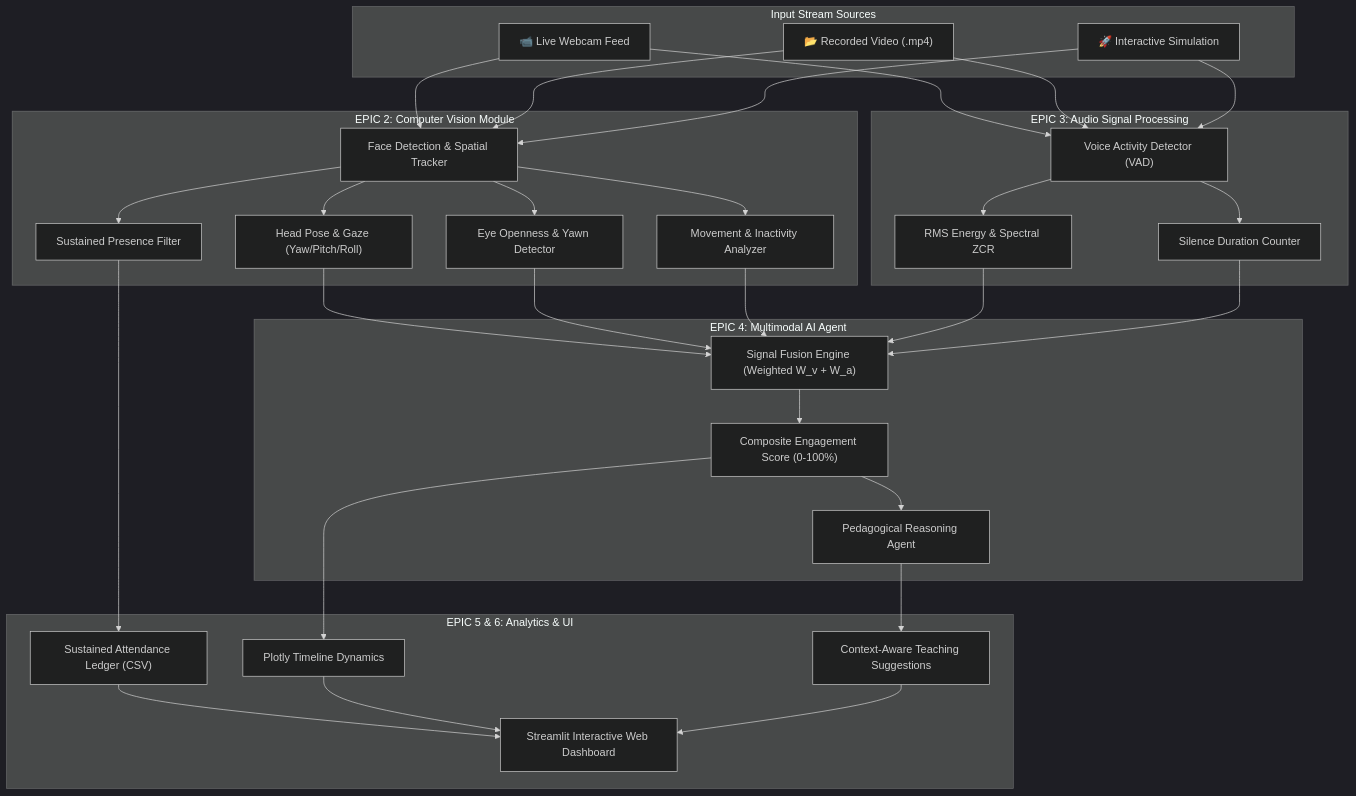
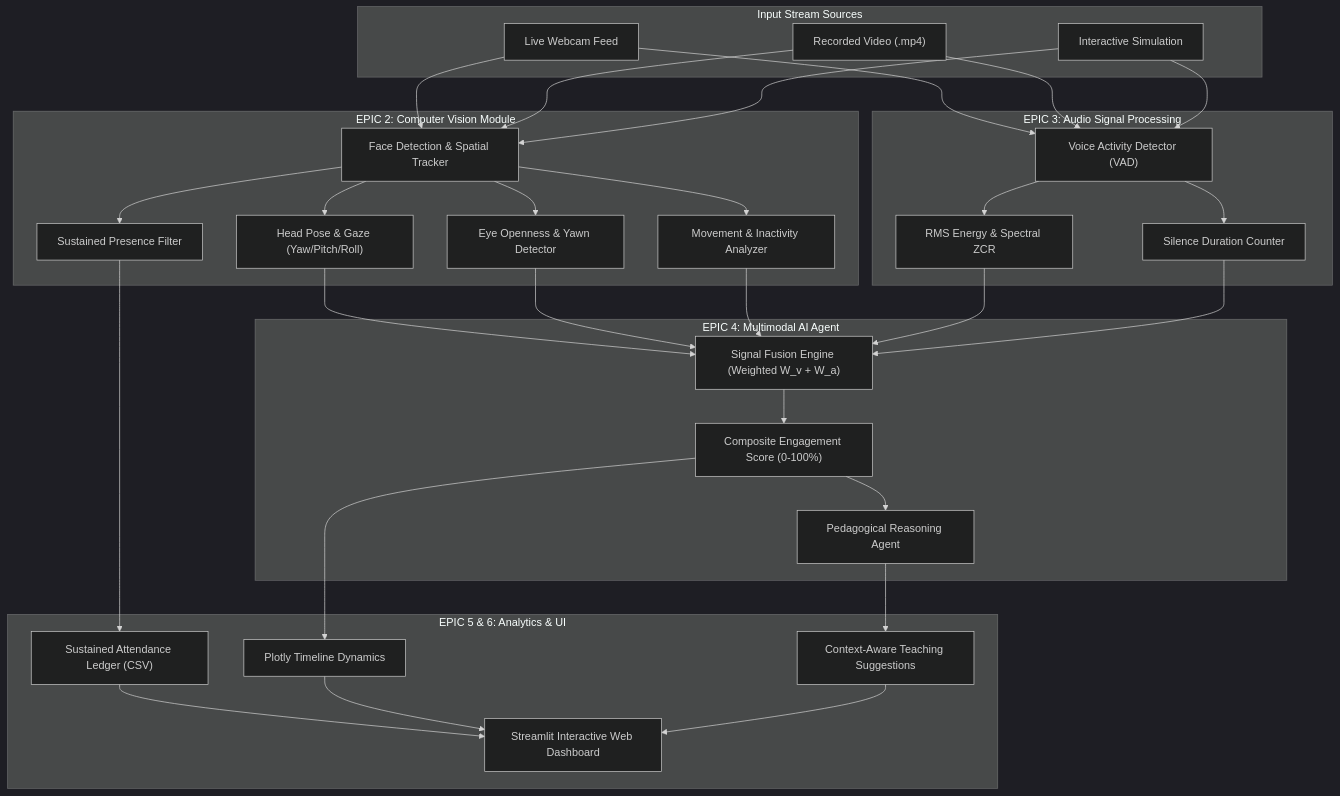
Before and after one commit to kalyani1806/multimodal-attendence-engagement-agent: the diagram in README.md, drawn with Mermaid (dark theme). The commit also changed other lines of this file and 3 other files, not shown here.

````diff
--- a/README.md
+++ b/README.md
@@ -80,52 +80,52 @@
 ```mermaid
 flowchart TD
     subgraph Inputs ["Input Stream Sources"]
-        Cam["📹 Live Webcam Feed"]
-        Vid["📂 Recorded Video (.mp4)"]
-        Sim["🚀 Interactive Simulation"]
+        Cam["Live Webcam Feed"]
+        Vid["Recorded Video (.mp4)"]
+        Sim["Interactive Simulation"]
     end
 
     subgraph Vision ["EPIC 2: Computer Vision Module"]
         Det["Face Detection & Spatial Tracker"]
         Sust["Sustained Presence Filter"]
         Pose["Head Pose & Gaze (Yaw/Pitch/Roll)"]
         Drow["Eye Openness & Yawn Detector"]
         Move["Movement & Inactivity Analyzer"]
     end
 
     subgraph Audio ["EPIC 3: Audio Signal Processing"]
         VAD["Voice Activity Detector (VAD)"]
         RMS["RMS Energy & Spectral ZCR"]
         Quiet["Silence Duration Counter"]
     end
 
     subgraph Agent ["EPIC 4: Multimodal AI Agent"]
         Fuse["Signal Fusion Engine (Weighted W_v + W_a)"]
         Score["Composite Engagement Score (0-100%)"]
         Reason["Pedagogical Reasoning Agent"]
     end
 
     subgraph Output ["EPIC 5 & 6: Analytics & UI"]
         Att["Sustained Attendance Ledger (CSV)"]
         Trend["Plotly Timeline Dynamics"]
         Sug["Context-Aware Teaching Suggestions"]
         UI["Streamlit Interactive Web Dashboard"]
     end
 
     Cam --> Det & VAD
     Vid --> Det & VAD
     Sim --> Det & VAD
 
     Det --> Sust
     Det --> Pose & Drow & Move
 
     VAD --> RMS & Quiet
 
     Pose & Drow & Move & RMS & Quiet --> Fuse
     Fuse --> Score --> Reason
 
     Sust --> Att
     Score --> Trend
     Reason --> Sug
     Att & Trend & Sug --> UI
 ```
````
